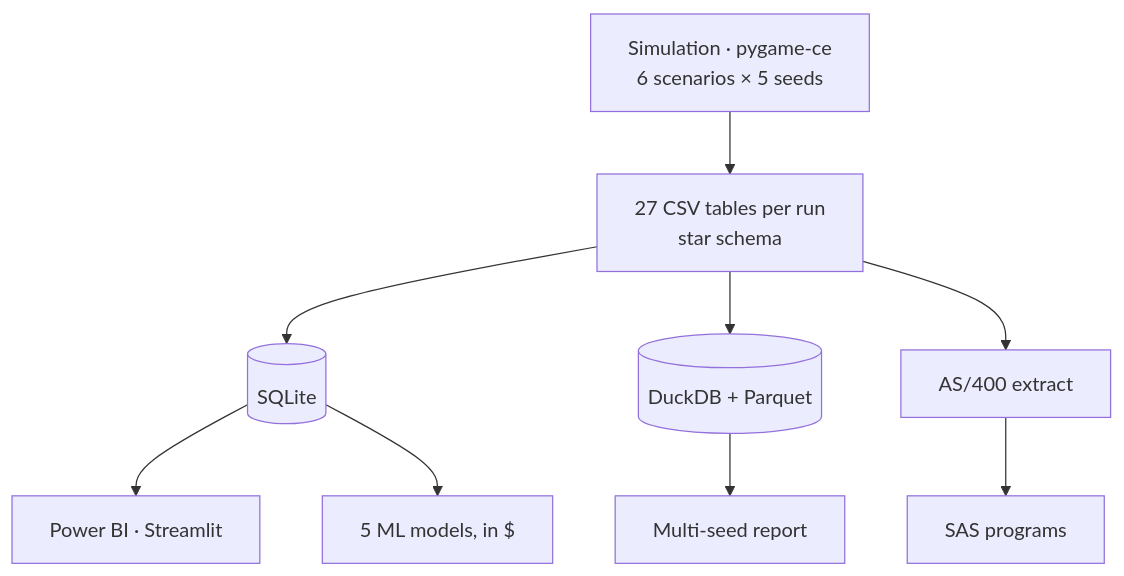
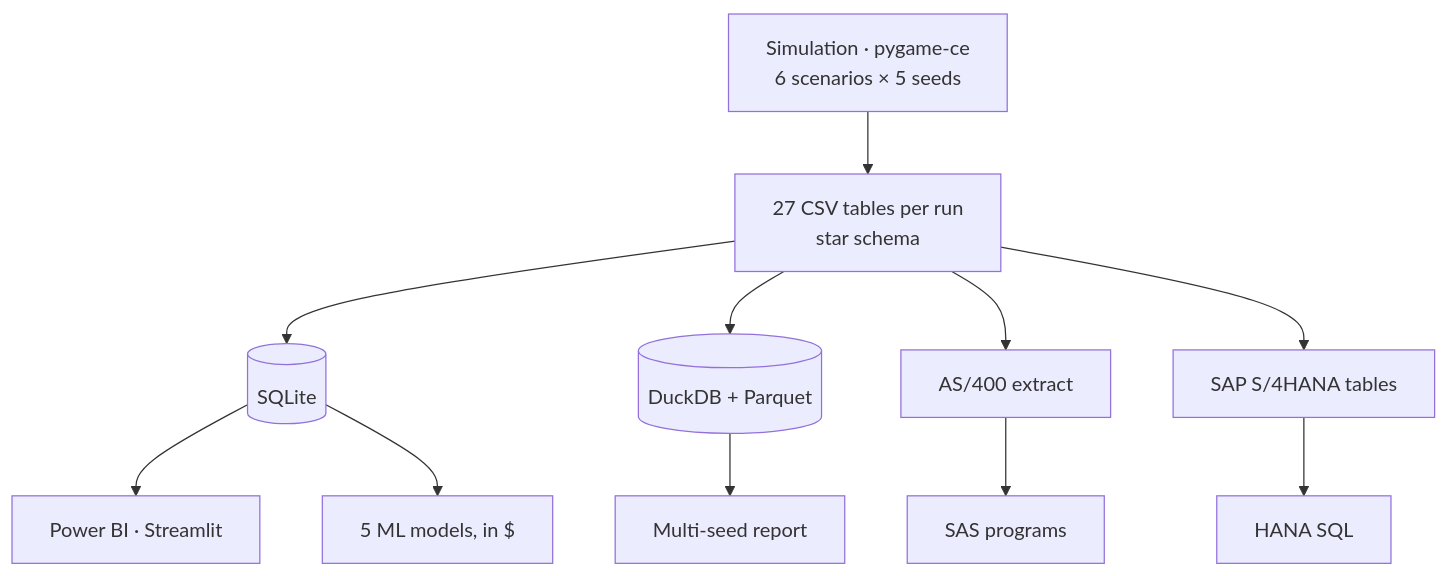
The diagram in README.md (KevinSeyranoglu/boreal-viandes-warehouse-sim), drawn with Mermaid before and after one commit. The commit also changed other lines of this file and 11 other files, not shown here.

First line of the commit message:
SAP S/4HANA extract with HANA SQL, next to the AS/400 + SAS layer

````diff
--- a/README.md
+++ b/README.md
@@ -31,11 +31,13 @@
 ```mermaid
 flowchart TD
     SIM["Simulation · pygame-ce<br/>6 scenarios × 5 seeds"] --> CSV["27 CSV tables per run<br/>star schema"]
     CSV --> SQLITE[("SQLite")]
     CSV --> DUCK[("DuckDB + Parquet")]
     CSV --> AS400["AS/400 extract"]
+    CSV --> SAP["SAP S/4HANA tables"]
     SQLITE --> BI["Power BI · Streamlit"]
     SQLITE --> ML["5 ML models, in $"]
     DUCK --> MS["Multi-seed report"]
     AS400 --> SAS["SAS programs"]
+    SAP --> HANA["HANA SQL"]
 ```
````
